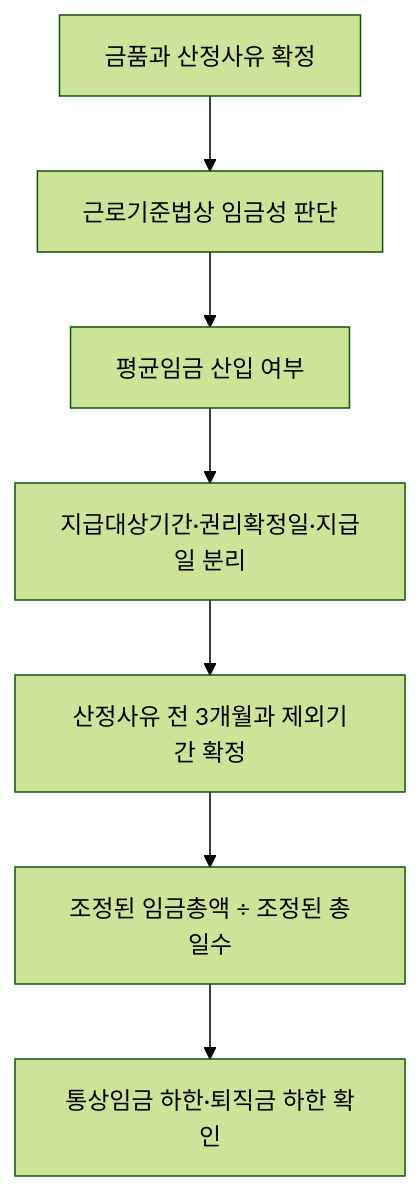
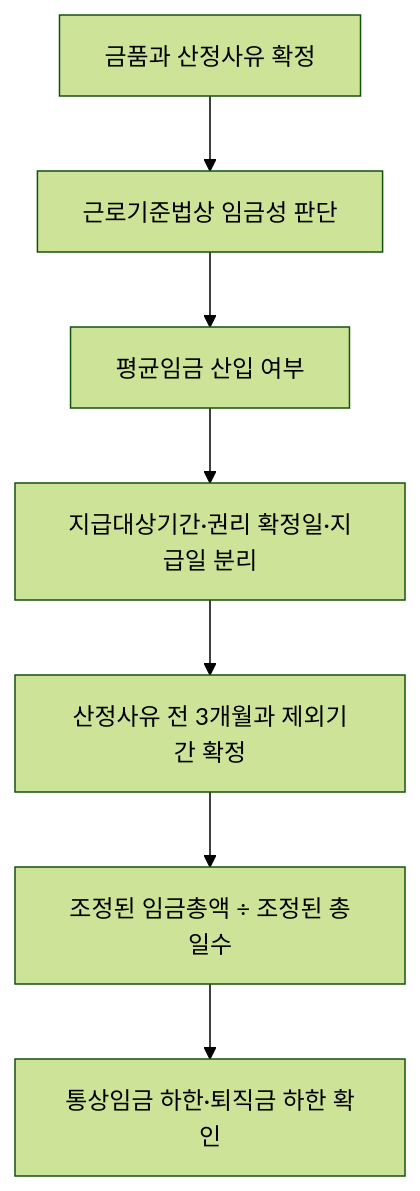
The diagram in wiki/guides/평균임금·퇴직금 산입 판단 실무 가이드.md (YgHnSIM/Wage_Wiki), drawn with Mermaid (forest theme) before and after one commit. The commit also changed other lines of this file and 166 other files, not shown here.

````diff
--- a/wiki/guides/평균임금·퇴직금 산입 판단 실무 가이드.md
+++ b/wiki/guides/평균임금·퇴직금 산입 판단 실무 가이드.md
@@ -143,9 +143,9 @@
 ```mermaid
 flowchart TD
   A[금품과 산정사유 확정] --> B[근로기준법상 임금성 판단]
   B --> C[평균임금 산입 여부]
-  C --> D[지급대상기간·권리확정일·지급일 분리]
+  C --> D[지급대상기간·권리 확정일·지급일 분리]
   D --> E[산정사유 전 3개월과 제외기간 확정]
   E --> F[조정된 임금총액 ÷ 조정된 총일수]
   F --> G[통상임금 하한·퇴직금 하한 확인]
 ```
````
